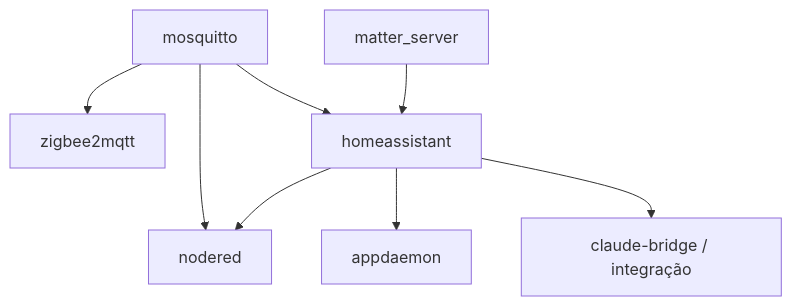
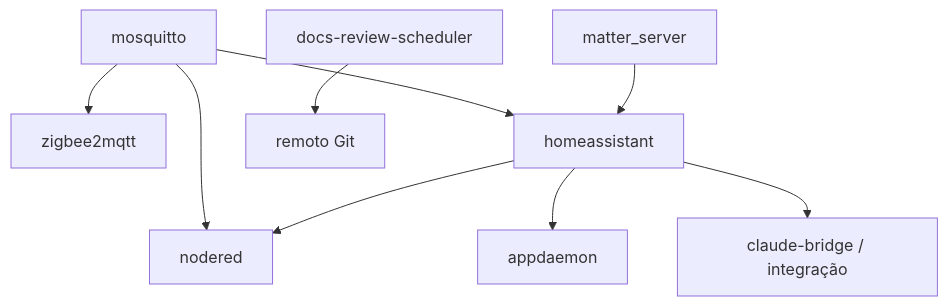
The diagram in docs/CONTAINERS.md (gabrafur/my_smart_home), drawn with Mermaid before and after one commit. The commit also changed other lines of this file and 17 other files, not shown here.

````diff
--- a/docs/CONTAINERS.md
+++ b/docs/CONTAINERS.md
@@ -113,10 +117,11 @@
 ```mermaid
 flowchart TD
     MQ[mosquitto] --> Z2M[zigbee2mqtt]
     MQ --> HA[homeassistant]
     MAT[matter_server] --> HA
     MQ --> NR[nodered]
     HA --> NR
     HA --> AD[appdaemon]
     HA --> BR[claude-bridge / integração]
+    SCH[docs-review-scheduler] --> GIT[remoto Git]
 ```
````
